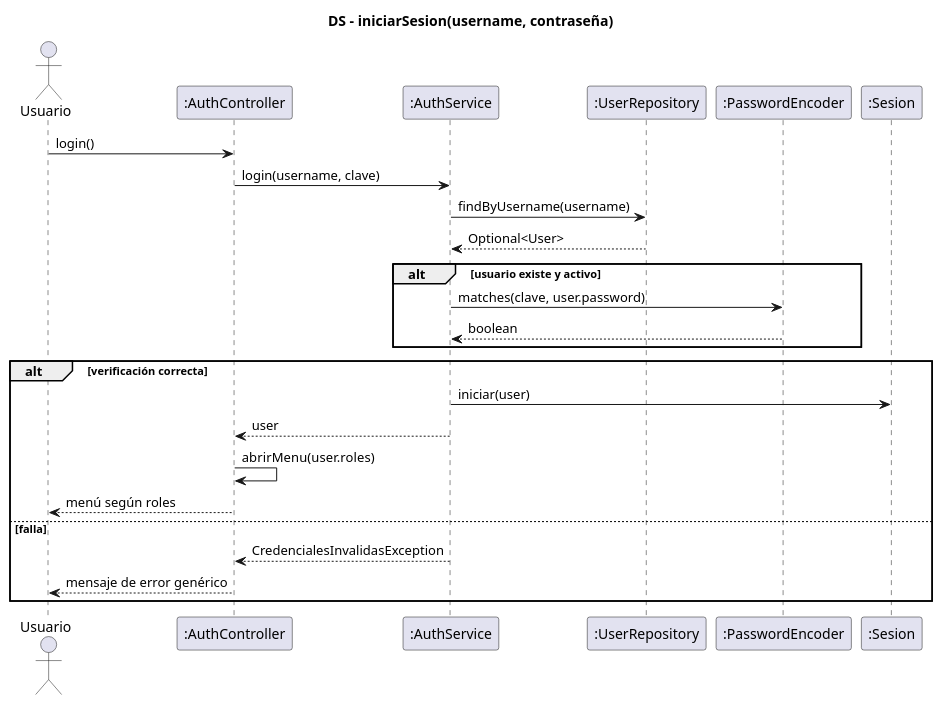
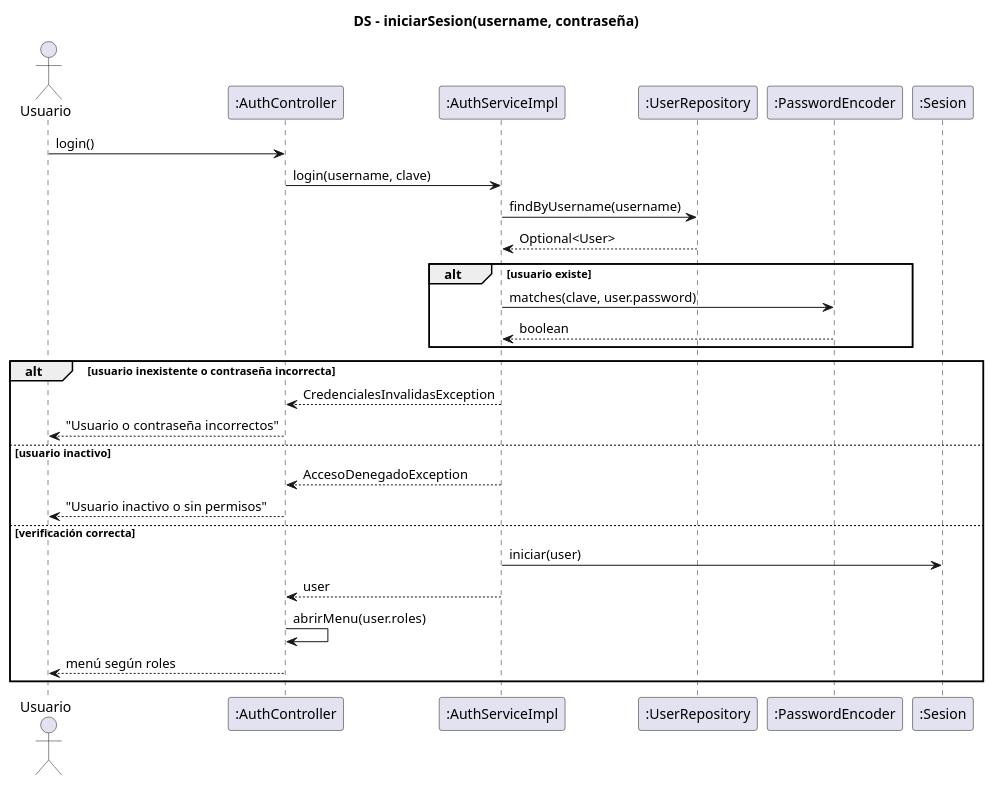
One commit to ISMAELALTHENOFER/BACKOFFICE-ACADEMICO-ITEC-N-1 changed the diagram in document/diagramas/11-ds-iniciar-sesion.puml. Above: the diagram before and after it, drawn with PlantUML. The commit also changed 121 other files, not shown here.

First line of the commit message:
docs: completar casos de uso, diagramas de secuencia, contratos e historias de usuario

```diff
--- a/document/diagramas/11-ds-iniciar-sesion.puml
+++ b/document/diagramas/11-ds-iniciar-sesion.puml
@@ -1,28 +1,31 @@
 @startuml ds-iniciar-sesion
 skinparam shadowing false
 title DS - iniciarSesion(username, contraseña)
 actor Usuario
 participant ":AuthController" as C
-participant ":AuthService" as A
+participant ":AuthServiceImpl" as A
 participant ":UserRepository" as R
 participant ":PasswordEncoder" as H
 participant ":Sesion" as SE
 
 Usuario -> C : login()
 C -> A : login(username, clave)
 A -> R : findByUsername(username)
 R --> A : Optional<User>
-alt usuario existe y activo
+alt usuario existe
   A -> H : matches(clave, user.password)
   H --> A : boolean
 end
-alt verificación correcta
+alt usuario inexistente o contraseña incorrecta
+  A --> C : CredencialesInvalidasException
+  C --> Usuario : "Usuario o contraseña incorrectos"
+else usuario inactivo
+  A --> C : AccesoDenegadoException
+  C --> Usuario : "Usuario inactivo o sin permisos"
+else verificación correcta
   A -> SE : iniciar(user)
   A --> C : user
   C -> C : abrirMenu(user.roles)
   C --> Usuario : menú según roles
-else falla
-  A --> C : CredencialesInvalidasException
-  C --> Usuario : mensaje de error genérico
 end
 @enduml
```
